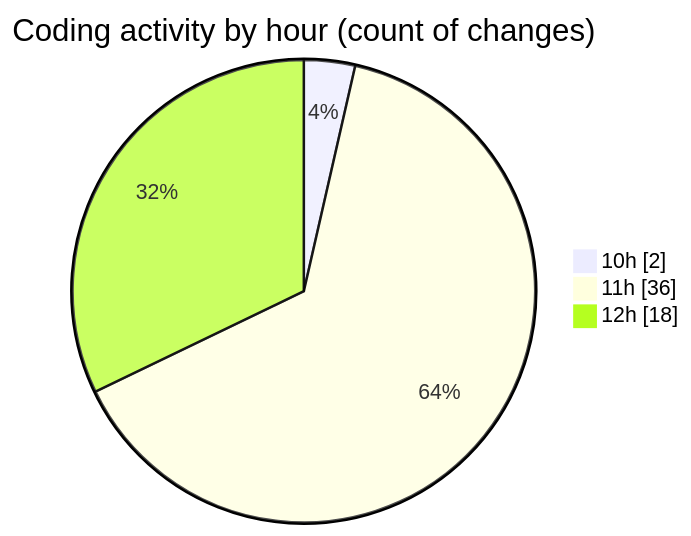
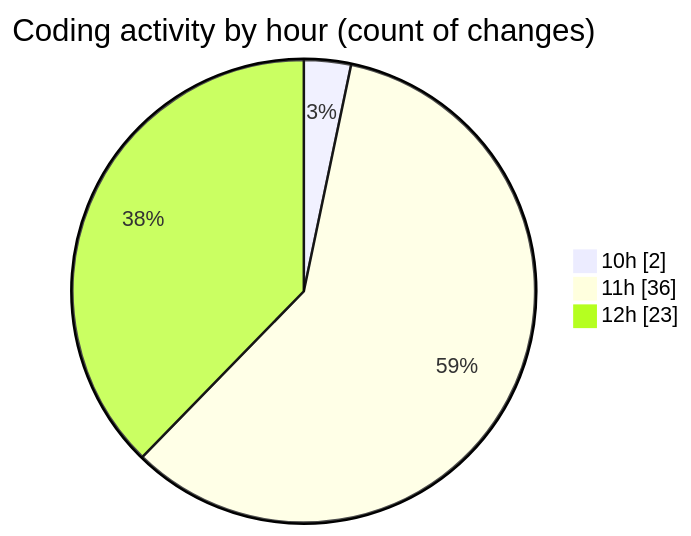
The second of 2 diagrams in 2025-05-13/argos-dev/README.md (nxtqubesakshisongat/code-tracking), drawn with Mermaid before and after one commit. The commit also changed other lines of this file and 1 other file, not shown here.

````diff
--- a/2025-05-13/argos-dev/README.md
+++ b/2025-05-13/argos-dev/README.md
@@ -31,7 +31,7 @@
 ```mermaid
 pie showData
 title Coding activity by hour (count of changes)
 "10h" : 2
 "11h" : 36
-"12h" : 18
+"12h" : 23
 ```
````
